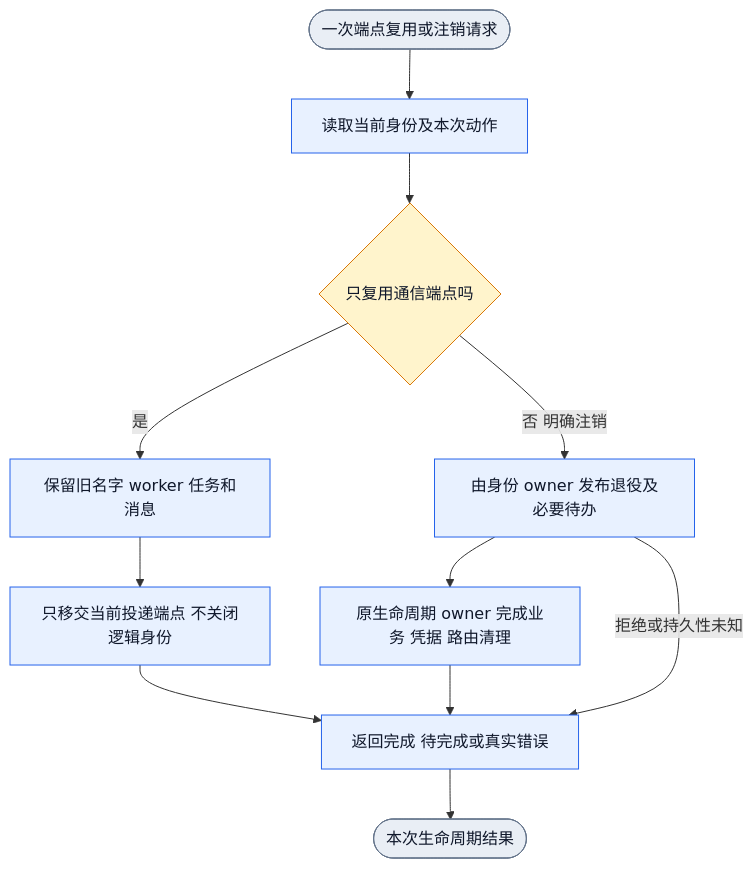
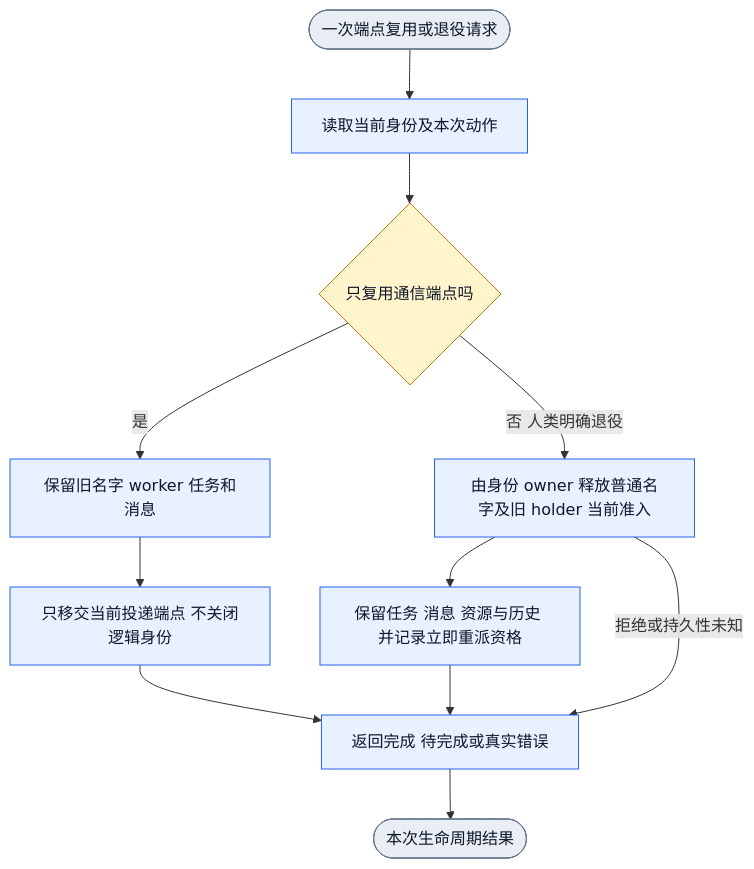
One commit to Jasonzhangf/appsdk changed the third of 5 diagrams in docs/design/collab-identity-lifecycle-consistency.md. Above: the diagram before and after it, drawn with Mermaid. The commit also changed other lines of this file and 103 other files, not shown here.

````diff
--- a/docs/design/collab-identity-lifecycle-consistency.md
+++ b/docs/design/collab-identity-lifecycle-consistency.md
@@ -122,16 +251,16 @@
 ```mermaid
 flowchart TD
- S([一次端点复用或注销请求]):::boundary --> A[读取当前身份及本次动作]:::action
+ S([一次端点复用或退役请求]):::boundary --> A[读取当前身份及本次动作]:::action
  A --> B{只复用通信端点吗}:::decision
  B -->|是| C[保留旧名字 worker 任务和消息]:::action
  C --> D[只移交当前投递端点 不关闭逻辑身份]:::action
- B -->|否 明确注销| E[由身份 owner 发布退役及必要待办]:::action
- E --> F[原生命周期 owner 完成业务 凭据 路由清理]:::action
+ B -->|否 人类明确退役| E[由身份 owner 释放普通名字及旧 holder 当前准入]:::action
+ E --> F[保留任务 消息 资源与历史 并记录立即重派资格]:::action
  D --> R[返回完成 待完成或真实错误]:::action
  F --> R
  E -->|拒绝或持久性未知| R
  R --> X([本次生命周期结果]):::boundary
  classDef boundary fill:#E9EEF5,stroke:#64748B,color:#0F172A
  classDef action fill:#E8F1FF,stroke:#2563EB,color:#0F172A
  classDef decision fill:#FFF4CC,stroke:#D97706,color:#0F172A
 ```
````
